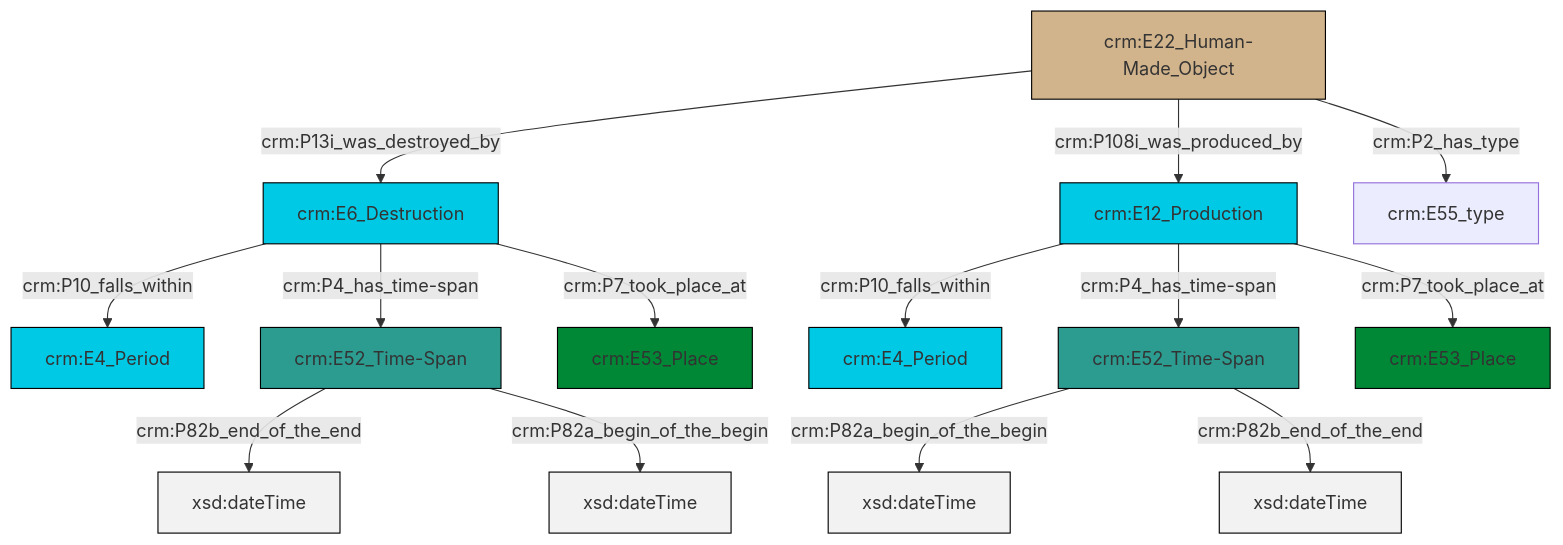
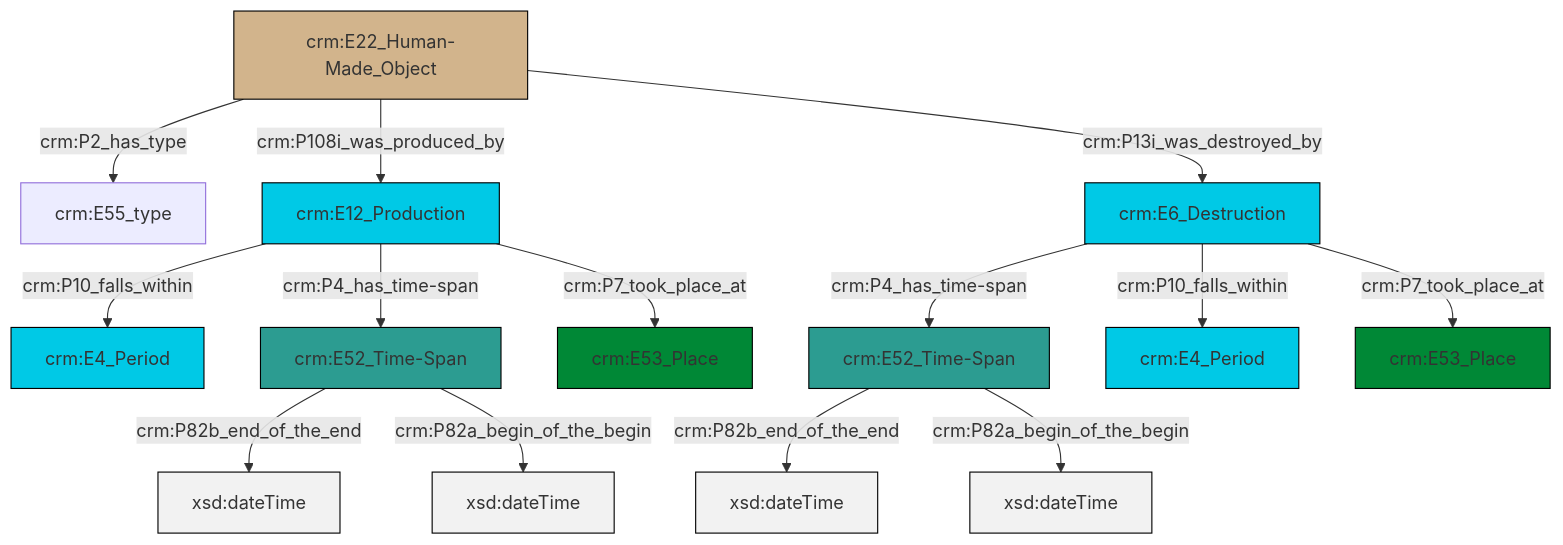
One commit to swiss-art-research-net/reference-data-models changed the diagram in et/artworkCSV/ttl/mmd/Artwork_Existence.ttl.mmd. Above: the diagram before and after it, drawn with Mermaid. The commit also changed 130 other files, not shown here.

```diff
--- a/et/artworkCSV/ttl/mmd/Artwork_Existence.ttl.mmd
+++ b/et/artworkCSV/ttl/mmd/Artwork_Existence.ttl.mmd
@@ -1,28 +1,28 @@
 graph TD
 classDef Literal fill:#f2f2f2,stroke:#000000;
 classDef CRM_Entity fill:#FFFFFF,stroke:#000000;
 classDef Temporal_Entity fill:#00C9E6, stroke:#000000;
 classDef Type fill:#E18312, stroke:#000000;
 classDef Time-Span fill:#2C9C91, stroke:#000000;
 classDef Appellation fill:#FFEB7F, stroke:#000000;
 classDef Place fill:#008836, stroke:#000000;
 classDef Persistent_Item fill:#B266B2, stroke:#000000;
 classDef Conceptual_Object fill:#FFD700, stroke:#000000;
 classDef Physical_Thing fill:#D2B48C, stroke:#000000;
 classDef Actor fill:#f58aad, stroke:#000000;
 classDef PC_Classes fill:#4ce600, stroke:#000000;
 classDef Multi fill:#cccccc,stroke:#000000;
 
-0["crm:E22_Human-Made_Object"]:::Physical_Thing -->|crm:P13i_was_destroyed_by| 1["crm:E6_Destruction"]:::Temporal_Entity
-2["crm:E12_Production"]:::Temporal_Entity -->|crm:P10_falls_within| 3["crm:E4_Period"]:::Temporal_Entity
-4["crm:E52_Time-Span"]:::Time-Span -->|crm:P82b_end_of_the_end| 5[xsd:dateTime]:::Literal
-1["crm:E6_Destruction"]:::Temporal_Entity -->|crm:P10_falls_within| 6["crm:E4_Period"]:::Temporal_Entity
-7["crm:E52_Time-Span"]:::Time-Span -->|crm:P82a_begin_of_the_begin| 8[xsd:dateTime]:::Literal
-1["crm:E6_Destruction"]:::Temporal_Entity -->|crm:P4_has_time-span| 4["crm:E52_Time-Span"]:::Time-Span
-0["crm:E22_Human-Made_Object"]:::Physical_Thing -->|crm:P108i_was_produced_by| 2["crm:E12_Production"]:::Temporal_Entity
-0["crm:E22_Human-Made_Object"]:::Physical_Thing -->|crm:P2_has_type| 10["crm:E55_type"]:::Default
-7["crm:E52_Time-Span"]:::Time-Span -->|crm:P82b_end_of_the_end| 12[xsd:dateTime]:::Literal
-2["crm:E12_Production"]:::Temporal_Entity -->|crm:P4_has_time-span| 7["crm:E52_Time-Span"]:::Time-Span
-2["crm:E12_Production"]:::Temporal_Entity -->|crm:P7_took_place_at| 15["crm:E53_Place"]:::Place
-4["crm:E52_Time-Span"]:::Time-Span -->|crm:P82a_begin_of_the_begin| 20[xsd:dateTime]:::Literal
-1["crm:E6_Destruction"]:::Temporal_Entity -->|crm:P7_took_place_at| 22["crm:E53_Place"]:::Place
+8["crm:E6_Destruction"]:::Temporal_Entity -->|crm:P4_has_time-span| 0["crm:E52_Time-Span"]:::Time-Span
+9["crm:E52_Time-Span"]:::Time-Span -->|crm:P82b_end_of_the_end| 10[xsd:dateTime]:::Literal
+12["crm:E12_Production"]:::Temporal_Entity -->|crm:P10_falls_within| 13["crm:E4_Period"]:::Temporal_Entity
+8["crm:E6_Destruction"]:::Temporal_Entity -->|crm:P10_falls_within| 6["crm:E4_Period"]:::Temporal_Entity
+12["crm:E12_Production"]:::Temporal_Entity -->|crm:P4_has_time-span| 9["crm:E52_Time-Span"]:::Time-Span
+8["crm:E6_Destruction"]:::Temporal_Entity -->|crm:P7_took_place_at| 4["crm:E53_Place"]:::Place
+17["crm:E22_Human-Made_Object"]:::Physical_Thing -->|crm:P2_has_type| 15["crm:E55_type"]:::Default
+0["crm:E52_Time-Span"]:::Time-Span -->|crm:P82b_end_of_the_end| 21[xsd:dateTime]:::Literal
+17["crm:E22_Human-Made_Object"]:::Physical_Thing -->|crm:P108i_was_produced_by| 12["crm:E12_Production"]:::Temporal_Entity
+17["crm:E22_Human-Made_Object"]:::Physical_Thing -->|crm:P13i_was_destroyed_by| 8["crm:E6_Destruction"]:::Temporal_Entity
+12["crm:E12_Production"]:::Temporal_Entity -->|crm:P7_took_place_at| 2["crm:E53_Place"]:::Place
+9["crm:E52_Time-Span"]:::Time-Span -->|crm:P82a_begin_of_the_begin| 22[xsd:dateTime]:::Literal
+0["crm:E52_Time-Span"]:::Time-Span -->|crm:P82a_begin_of_the_begin| 23[xsd:dateTime]:::Literal
```
